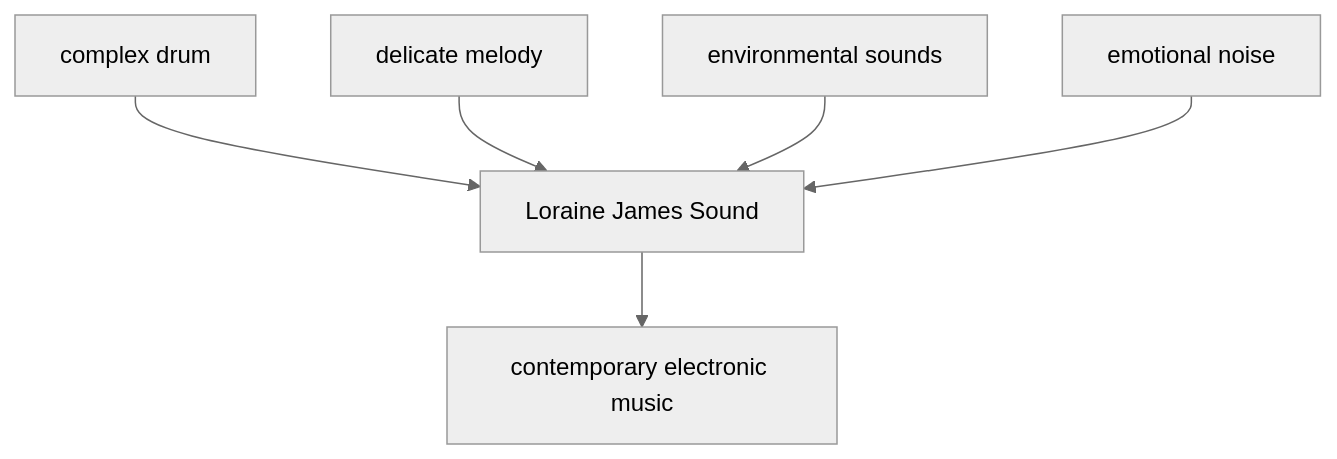
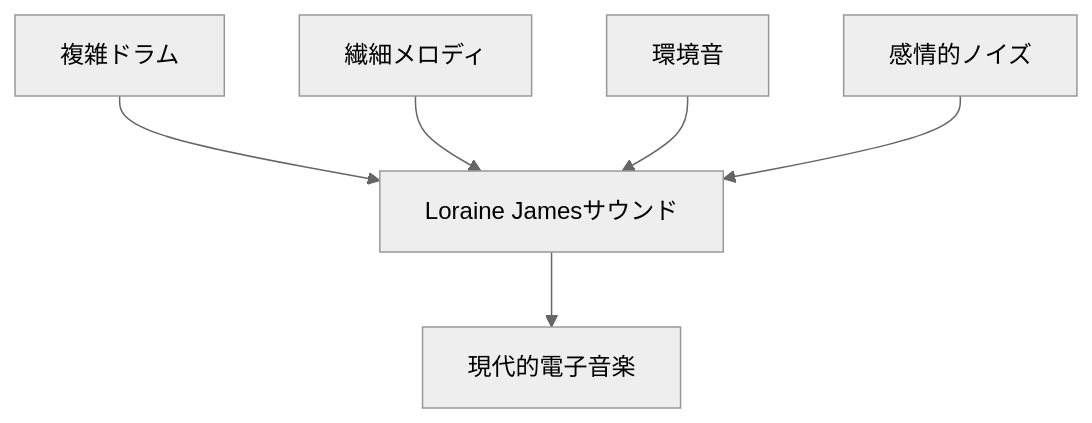
One commit to monumental-movement/monumental-movement.github.io changed the tenth of 11 diagrams in en/_posts/2026-05-24-column-loraine-james.md. Above: the diagram before and after it, drawn with Mermaid (neutral theme). The commit also changed other lines of this file and 2196 other files, not shown here.

```diff
--- a/en/_posts/2026-05-24-column-loraine-james.md
+++ b/en/_posts/2026-05-24-column-loraine-james.md
@@ -346,8 +346,8 @@
 <div class="mermaid">
 graph TD
-A[complex drum] --> E[Loraine James Sound]
-B[delicate melody] --> E
-C[environmental sounds] --> E
-D[emotional noise] --> E
-E --> F[contemporary electronic music]
+A[複雑ドラム] --> E[Loraine Jamesサウンド]
+B[繊細メロディ] --> E
+C[環境音] --> E
+D[感情的ノイズ] --> E
+E --> F[現代的電子音楽]
 </div>
```
